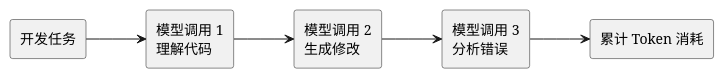
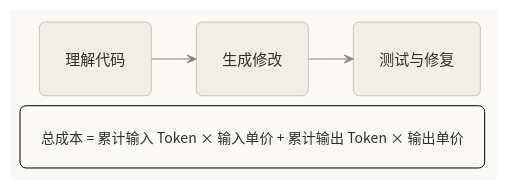
Before and after one commit to i-zrhe2016/blog.zrhe2016.cc: the fourth of 5 diagrams in src/content/posts/magpie-deepseek-4-1-claude-code.md, drawn with PlantUML. The commit also changed other lines of this file and 5 other files, not shown here.

Commit message:
docs: simplify Magpie article diagrams with warm minimal styling

````diff
--- a/src/content/posts/magpie-deepseek-4-1-claude-code.md
+++ b/src/content/posts/magpie-deepseek-4-1-claude-code.md
@@ -112,19 +145,32 @@
 ```plantuml
 @startuml
+!theme plain
+skinparam backgroundColor #FAF9F5
+skinparam defaultFontName "Noto Sans CJK SC"
+skinparam defaultFontSize 15
+skinparam defaultFontColor #30302E
+skinparam shadowing false
+skinparam roundCorner 12
+skinparam padding 16
+skinparam nodesep 40
+skinparam ranksep 45
+skinparam ArrowColor #87867F
+skinparam ArrowThickness 1
+skinparam rectangle {
+  BackgroundColor #F0EEE6
+  BorderColor #C8C5BB
+  BorderThickness 1
+}
+hide stereotype
 left to right direction
 
-rectangle "开发任务" as TASK
-
-rectangle "模型调用 1\n理解代码" as A
-rectangle "模型调用 2\n生成修改" as B
-rectangle "模型调用 3\n分析错误" as C
-
-rectangle "累计 Token 消耗" as COST
-
-TASK --> A
+rectangle "理解代码" as A
+rectangle "生成修改" as B
+rectangle "测试与修复" as C
 A --> B
 B --> C
-C --> COST
-
+legend bottom
+  总成本 = 累计输入 Token × 输入单价 + 累计输出 Token × 输出单价
+endlegend
 @enduml
 ```
````
